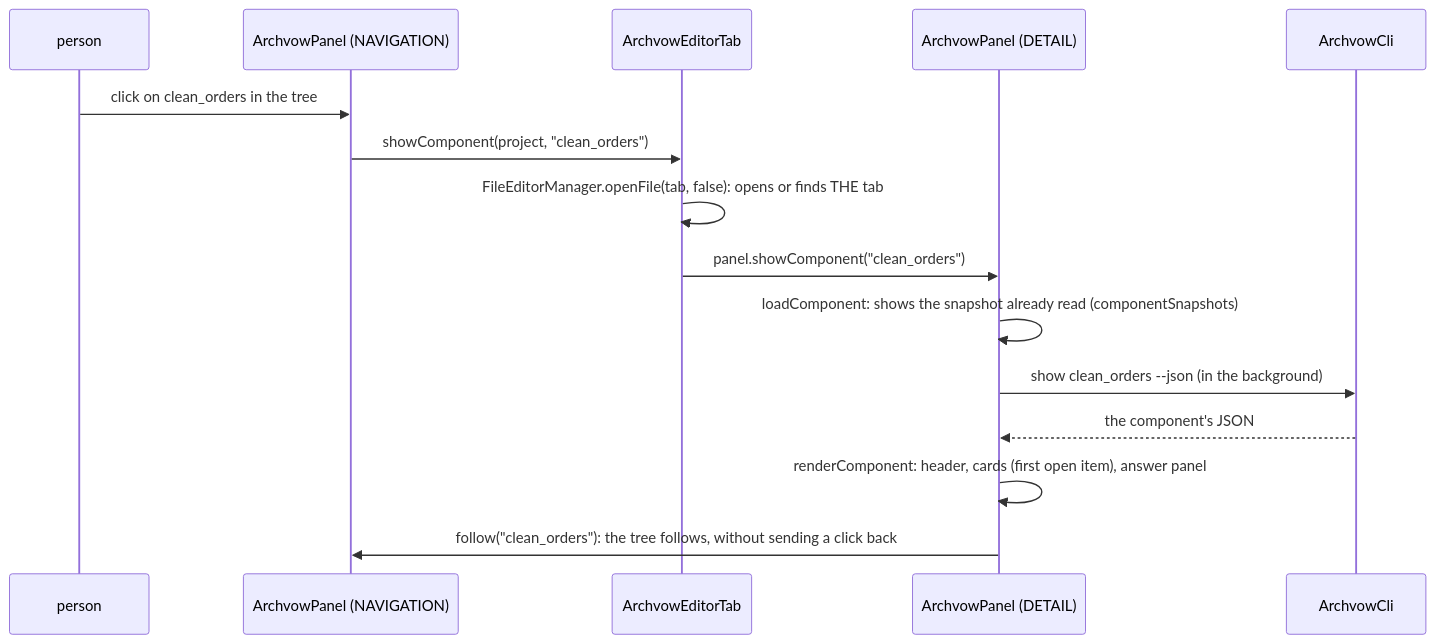
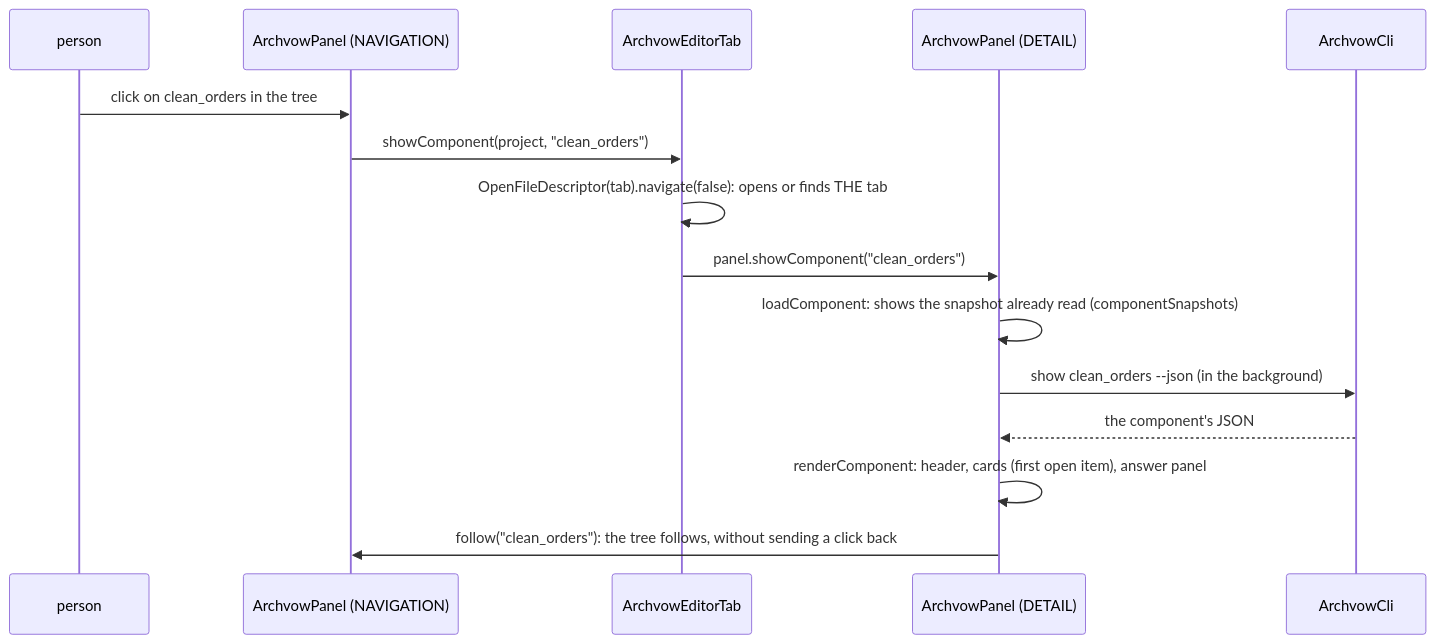
Before and after one commit to archvow/archvow-plugin: the first of 2 diagrams in wiki/en/01-reading-guide.md, drawn with Mermaid. The commit also changed 10 other files, not shown here.

````diff
--- a/wiki/en/01-reading-guide.md
+++ b/wiki/en/01-reading-guide.md
@@ -44,17 +44,17 @@
 ```mermaid
 sequenceDiagram
   participant P as person
   participant NAV as ArchvowPanel (NAVIGATION)
   participant TAB as ArchvowEditorTab
   participant DET as ArchvowPanel (DETAIL)
   participant CLI as ArchvowCli
   P->>NAV: click on clean_orders in the tree
   NAV->>TAB: showComponent(project, "clean_orders")
-  TAB->>TAB: FileEditorManager.openFile(tab, false): opens or finds THE tab
+  TAB->>TAB: OpenFileDescriptor(tab).navigate(false): opens or finds THE tab
   TAB->>DET: panel.showComponent("clean_orders")
   DET->>DET: loadComponent: shows the snapshot already read (componentSnapshots)
   DET->>CLI: show clean_orders --json (in the background)
   CLI-->>DET: the component's JSON
   DET->>DET: renderComponent: header, cards (first open item), answer panel
   DET->>NAV: follow("clean_orders"): the tree follows, without sending a click back
 ```
````
